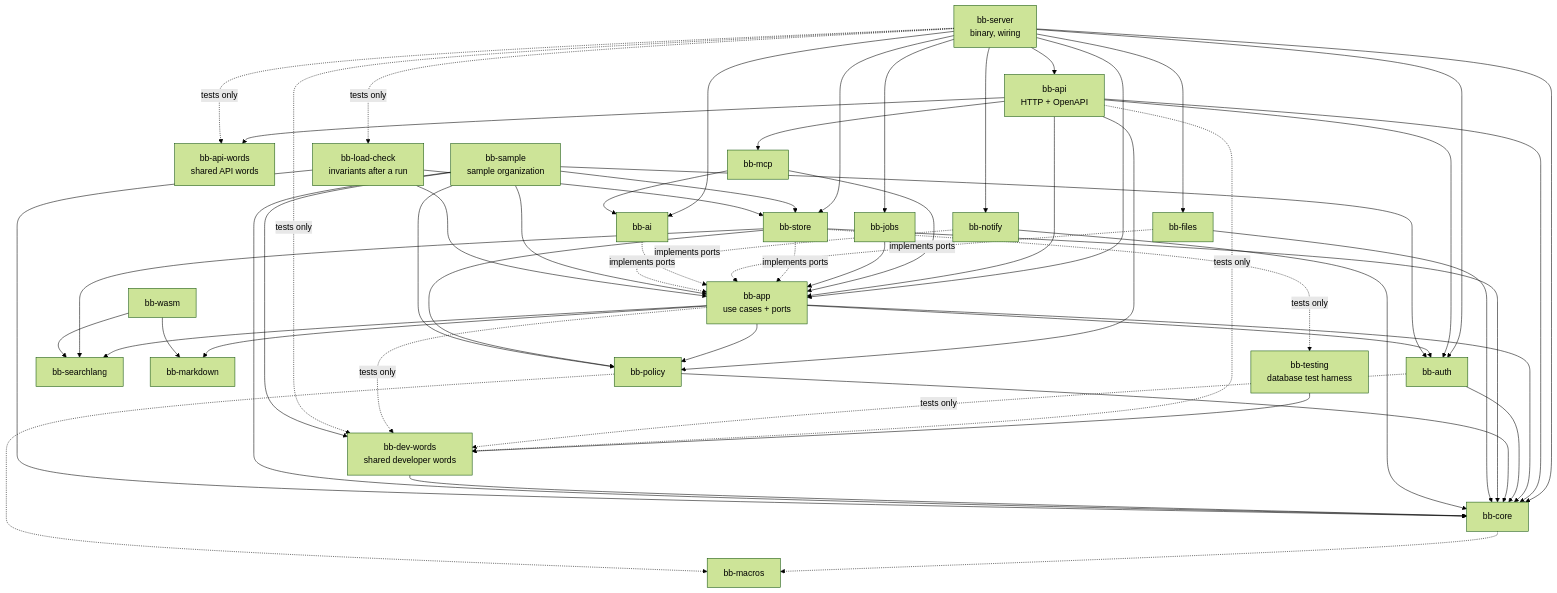
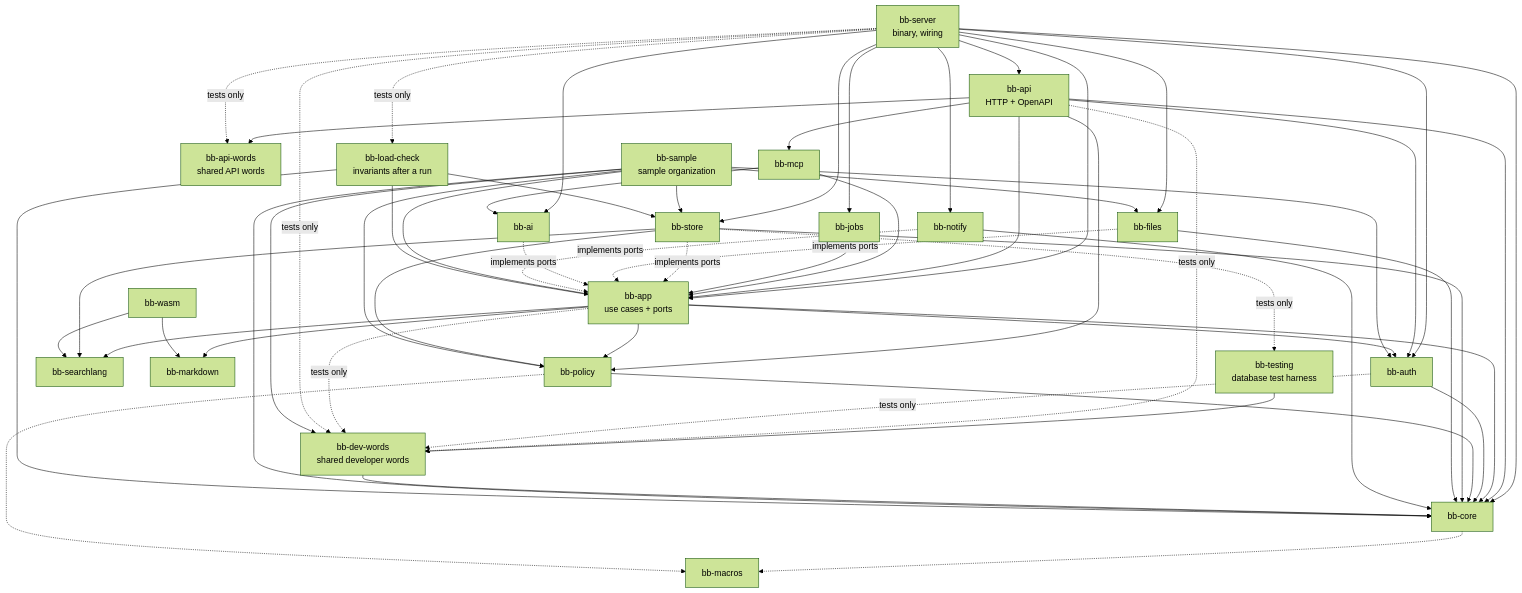
One commit to Nusi42/Bugaboo changed the diagram in docs/architecture/04-building-blocks.md. Above: the diagram before and after it, drawn with Mermaid (forest theme). The commit also changed other lines of this file and 23 other files, not shown here.

````diff
--- a/docs/architecture/04-building-blocks.md
+++ b/docs/architecture/04-building-blocks.md
@@ -47,53 +47,53 @@
 ```mermaid
 flowchart TB
   server["bb-server<br/>binary, wiring"]
   api["bb-api<br/>HTTP + OpenAPI"]
   words["bb-api-words<br/>shared API words"]
   devwords["bb-dev-words<br/>shared developer words"]
   mcp["bb-mcp"]
   app["bb-app<br/>use cases + ports"]
   policy["bb-policy"]
   core["bb-core"]
   macros["bb-macros"]
   search["bb-searchlang"]
   md["bb-markdown"]
   store["bb-store"]
   files["bb-files"]
   auth["bb-auth"]
   ai["bb-ai"]
   notify["bb-notify"]
   jobs["bb-jobs"]
   wasm["bb-wasm"]
   testing["bb-testing<br/>database test harness"]
   sample["bb-sample<br/>sample organization"]
   loadcheck["bb-load-check<br/>invariants after a run"]
 
   server --> api & jobs & store & files & ai & notify & auth & app & core
   api --> app & auth & mcp & core & policy & words
   mcp --> app & ai
   jobs --> app
   app --> policy & core & search & md & auth
   auth --> core
   policy --> core
   core -.-> macros
   policy -.-> macros
   store -. implements ports .-> app
   files -. implements ports .-> app
   ai -. implements ports .-> app
   notify -. implements ports .-> app
   store --> search & policy & core
   files --> core
   notify --> core
   wasm --> search & md
   store -. tests only .-> testing
   server -. tests only .-> words
   testing --> devwords
   devwords --> core
   api -. tests only .-> devwords
   auth -. tests only .-> devwords
   app -. tests only .-> devwords
   server -. tests only .-> devwords
-  sample --> app & store & core & policy & auth & devwords
+  sample --> app & store & core & policy & auth & devwords & files
   loadcheck --> app & store & core
   server -. tests only .-> loadcheck
 ```
````
